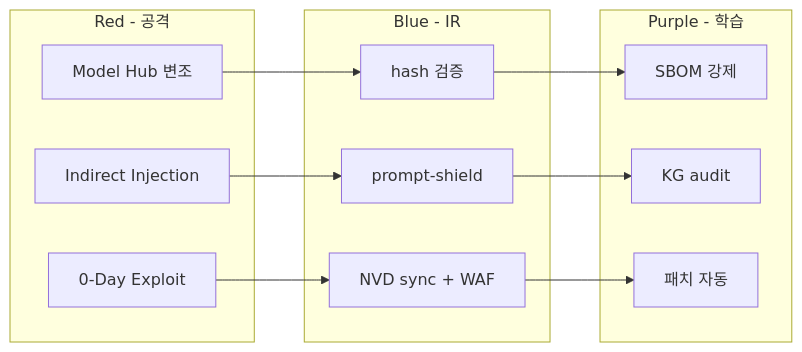
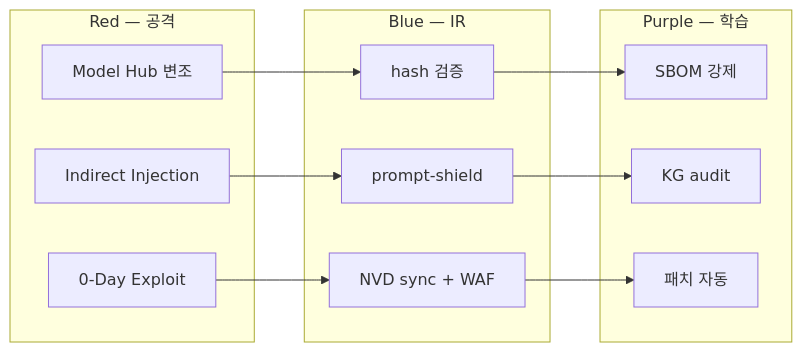
One commit to mrgrit/ccc changed the second of 2 diagrams in contents/standalone/lecture/aisec/week14.md. Above: the diagram before and after it, drawn with Mermaid. The commit also changed other lines of this file and 14 other files, not shown here.

````diff
--- a/contents/standalone/lecture/aisec/week14.md
+++ b/contents/standalone/lecture/aisec/week14.md
@@ -321,24 +638,24 @@
 ```mermaid
 flowchart LR
-    subgraph Red [Red - 공격]
+    subgraph Red ["Red — 공격"]
         R1[Model Hub 변조]
         R2[Indirect Injection]
         R3[0-Day Exploit]
     end
 
-    subgraph Blue [Blue - IR]
+    subgraph Blue ["Blue — IR"]
         B1[hash 검증]
         B2[prompt-shield]
         B3[NVD sync + WAF]
     end
 
-    subgraph Purple [Purple - 학습]
+    subgraph Purple ["Purple — 학습"]
         P1[SBOM 강제]
         P2[KG audit]
         P3[패치 자동]
     end
 
     R1 --> B1 --> P1
     R2 --> B2 --> P2
     R3 --> B3 --> P3
 ```
````
